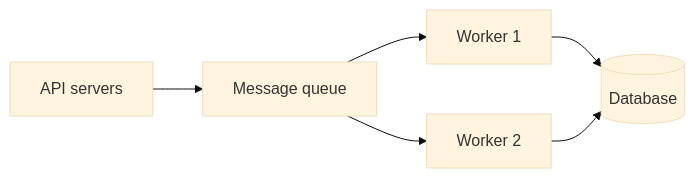
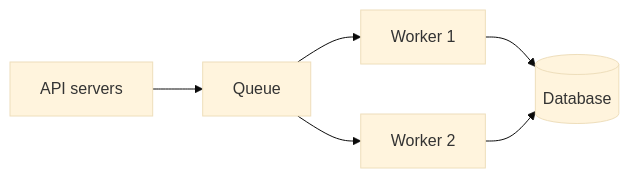
One commit to AvadhBhalodiya/Interview-Preparation changed the seventh of 8 diagrams in src/content/system-design/db-scaling.md. Above: the diagram before and after it, drawn with Mermaid (base theme). The commit also changed other lines of this file and 54 other files, not shown here.

````diff
--- a/src/content/system-design/db-scaling.md
+++ b/src/content/system-design/db-scaling.md
@@ -848,8 +640,8 @@
 ```mermaid
 flowchart LR
-    API[API servers] --> Q[Message queue]
+    API[API servers] --> Q[Queue]
     Q --> W1[Worker 1]
     Q --> W2[Worker 2]
     W1 --> DB[(Database)]
     W2 --> DB
 ```
````
